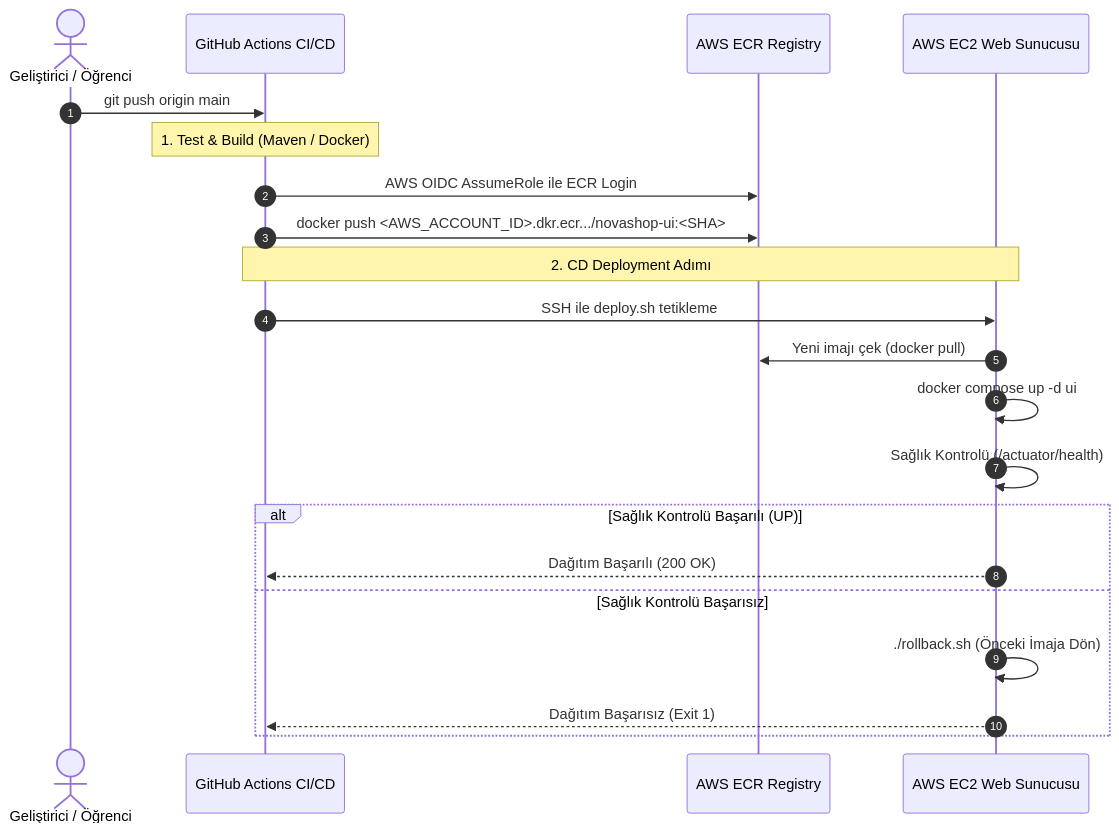
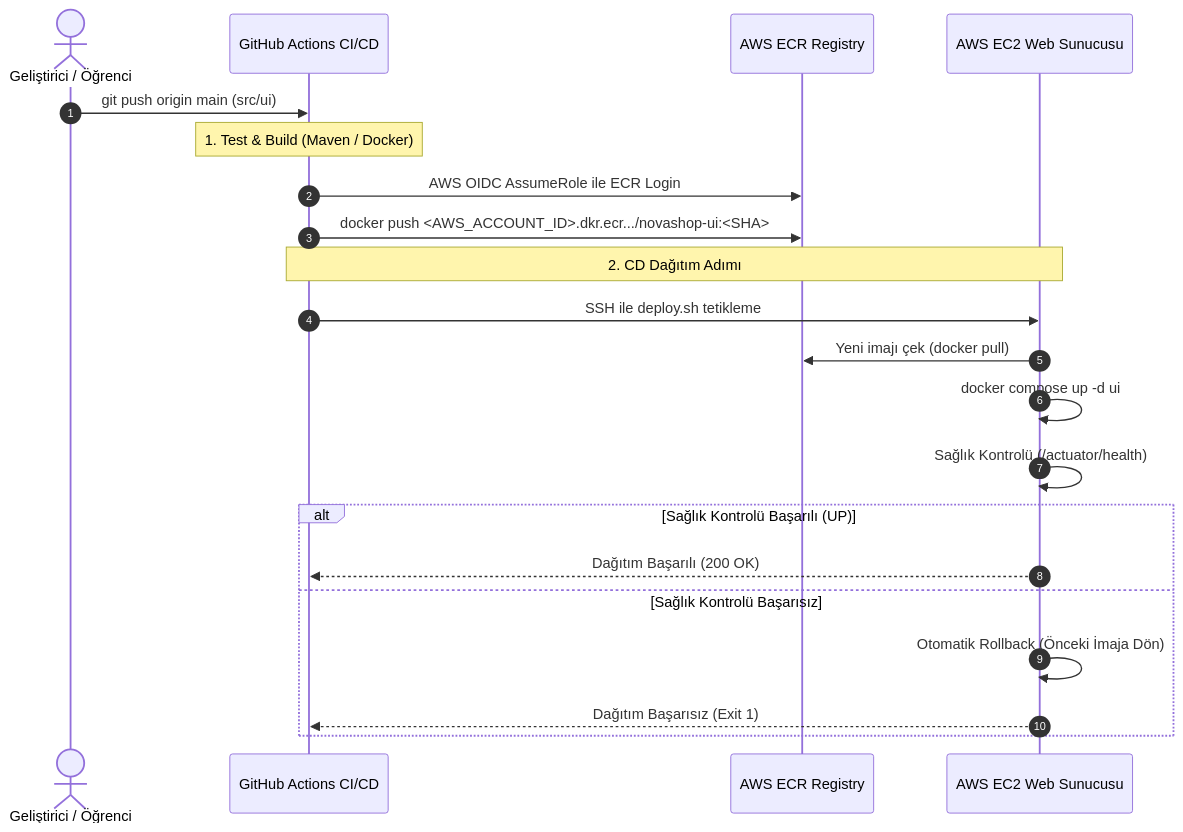
Before and after one commit to devopsatolyesi-labs/novashop: the diagram in labs/LAB-05/README.md, drawn with Mermaid. The commit also changed other lines of this file and 7 other files, not shown here.

````diff
--- a/labs/LAB-05/README.md
+++ b/labs/LAB-05/README.md
@@ -32,24 +38,24 @@
 ```mermaid
 sequenceDiagram
     autonumber
     actor Dev as Geliştirici / Öğrenci
     participant GH as GitHub Actions CI/CD
     participant ECR as AWS ECR Registry
     participant EC2 as AWS EC2 Web Sunucusu
 
-    Dev->>GH: git push origin main
+    Dev->>GH: git push origin main (src/ui)
     Note over GH: 1. Test & Build (Maven / Docker)
     GH->>ECR: AWS OIDC AssumeRole ile ECR Login
     GH->>ECR: docker push <AWS_ACCOUNT_ID>.dkr.ecr.../novashop-ui:<SHA>
-    Note over GH,EC2: 2. CD Deployment Adımı
+    Note over GH,EC2: 2. CD Dağıtım Adımı
     GH->>EC2: SSH ile deploy.sh tetikleme
     EC2->>ECR: Yeni imajı çek (docker pull)
     EC2->>EC2: docker compose up -d ui
     EC2->>EC2: Sağlık Kontrolü (/actuator/health)
     alt Sağlık Kontrolü Başarılı (UP)
         EC2-->>GH: Dağıtım Başarılı (200 OK)
     else Sağlık Kontrolü Başarısız
-        EC2->>EC2: ./rollback.sh (Önceki İmaja Dön)
+        EC2->>EC2: Otomatik Rollback (Önceki İmaja Dön)
         EC2-->>GH: Dağıtım Başarısız (Exit 1)
     end
 ```
````
